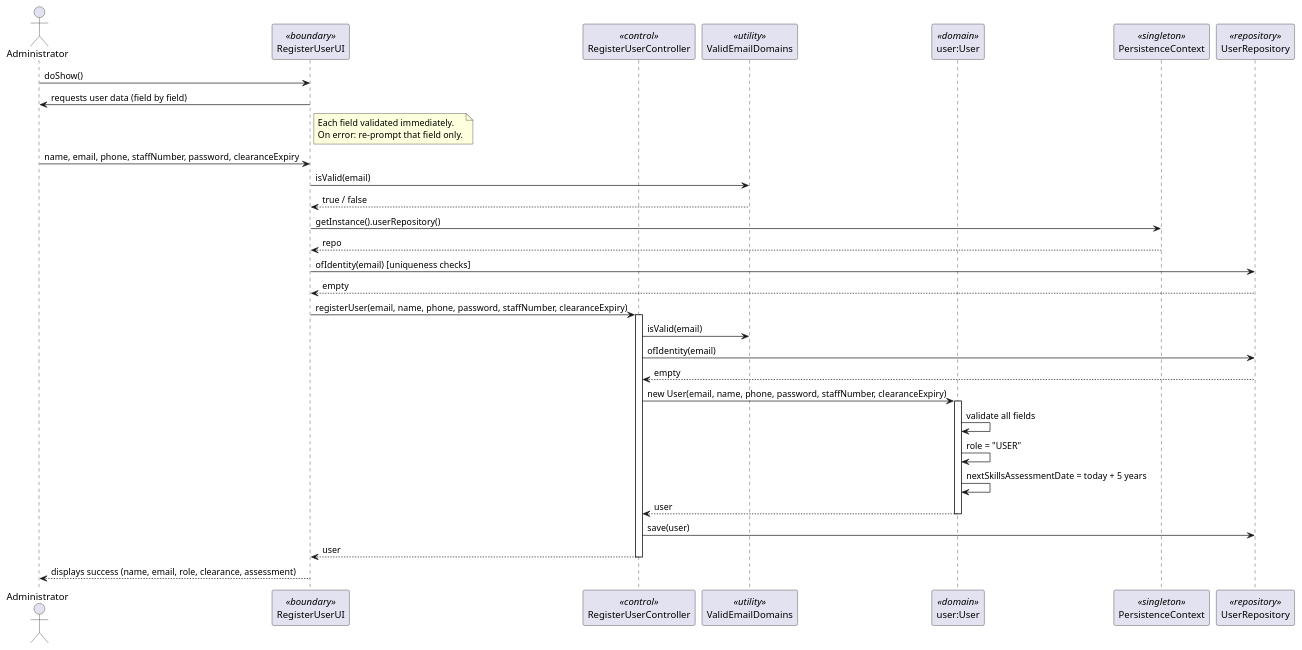
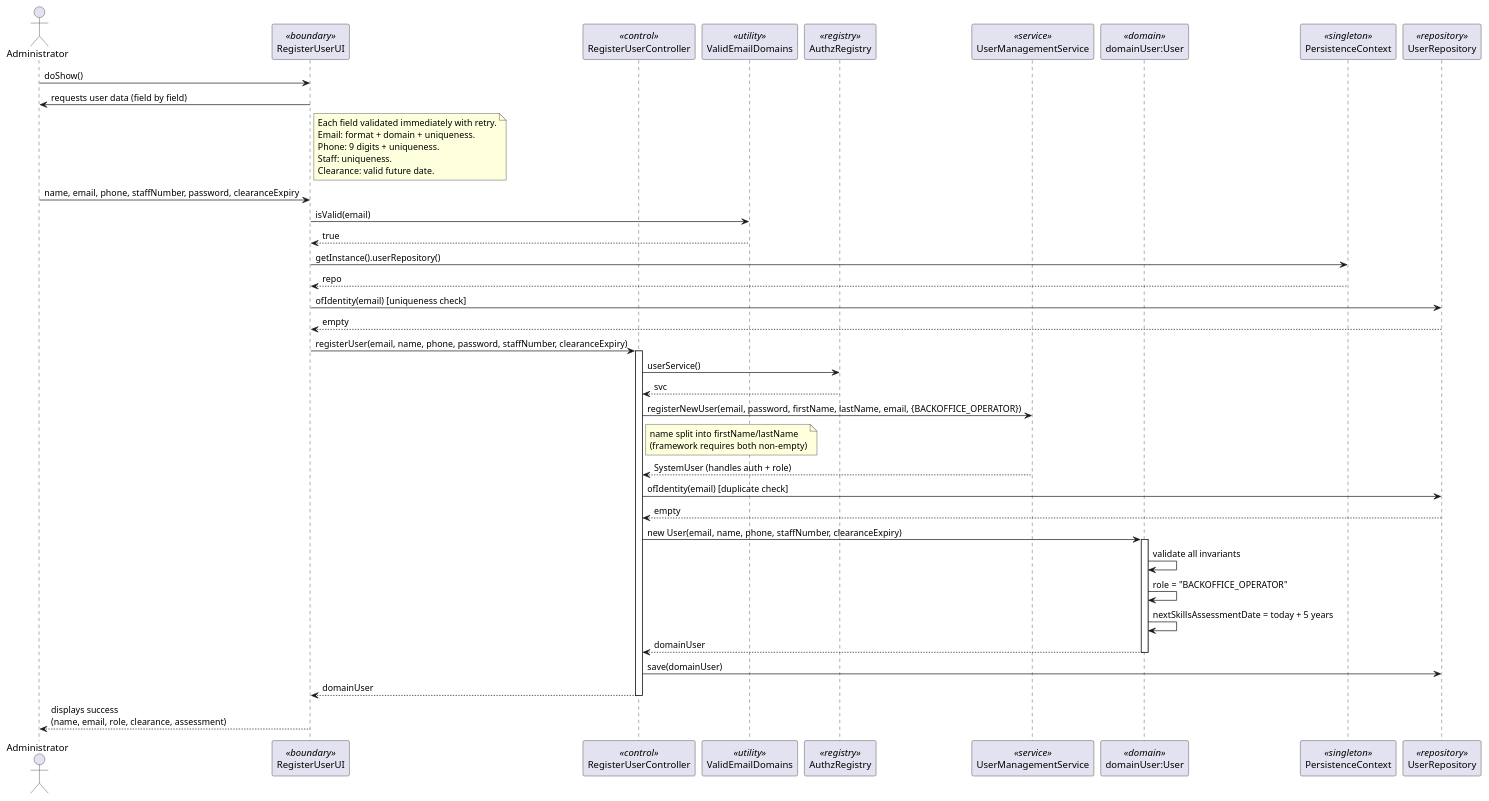
Before and after one commit to DuartePinto1240/sem4pi2526-sem4pi2526_2da2: the diagram in docs/Sprint 2/EAPLI/US031/puml/US031-sequence-diagram.puml, drawn with PlantUML. The commit also changed 16 other files, not shown here.

```diff
--- a/docs/Sprint 2/EAPLI/US031/puml/US031-sequence-diagram.puml
+++ b/docs/Sprint 2/EAPLI/US031/puml/US031-sequence-diagram.puml
@@ -1,43 +1,59 @@
 @startuml
 actor Administrator
 participant RegisterUserUI as UI <<boundary>>
 participant RegisterUserController as CTRL <<control>>
 participant ValidEmailDomains as VED <<utility>>
-participant "user:User" as USER <<domain>>
+participant AuthzRegistry as REG <<registry>>
+participant UserManagementService as SVC <<service>>
+participant "domainUser:User" as USER <<domain>>
 participant PersistenceContext as PCON <<singleton>>
 participant UserRepository as REPO <<repository>>
 
 Administrator -> UI : doShow()
 UI -> Administrator : requests user data (field by field)
 
 note right of UI
-  Each field validated immediately.
-  On error: re-prompt that field only.
+  Each field validated immediately with retry.
+  Email: format + domain + uniqueness.
+  Phone: 9 digits + uniqueness.
+  Staff: uniqueness.
+  Clearance: valid future date.
 end note
 
 Administrator -> UI : name, email, phone, staffNumber, password, clearanceExpiry
 UI -> VED : isValid(email)
-VED --> UI : true / false
+VED --> UI : true
 UI -> PCON : getInstance().userRepository()
 PCON --> UI : repo
-UI -> REPO : ofIdentity(email) [uniqueness checks]
+UI -> REPO : ofIdentity(email) [uniqueness check]
 REPO --> UI : empty
 
 UI -> CTRL : registerUser(email, name, phone, password, staffNumber, clearanceExpiry)
 activate CTRL
-CTRL -> VED : isValid(email)
-CTRL -> REPO : ofIdentity(email)
+
+' Step 1: Create SystemUser via framework
+CTRL -> REG : userService()
+REG --> CTRL : svc
+CTRL -> SVC : registerNewUser(email, password, firstName, lastName, email, {BACKOFFICE_OPERATOR})
+note right of CTRL
+  name split into firstName/lastName
+  (framework requires both non-empty)
+end note
+SVC --> CTRL : SystemUser (handles auth + role)
+
+' Step 2: Create domain User
+CTRL -> REPO : ofIdentity(email) [duplicate check]
 REPO --> CTRL : empty
-CTRL -> USER : new User(email, name, phone, password, staffNumber, clearanceExpiry)
+CTRL -> USER : new User(email, name, phone, staffNumber, clearanceExpiry)
 activate USER
-USER -> USER : validate all fields
-USER -> USER : role = "USER"
+USER -> USER : validate all invariants
+USER -> USER : role = "BACKOFFICE_OPERATOR"
 USER -> USER : nextSkillsAssessmentDate = today + 5 years
-USER --> CTRL : user
+USER --> CTRL : domainUser
 deactivate USER
-CTRL -> REPO : save(user)
-CTRL --> UI : user
+CTRL -> REPO : save(domainUser)
+CTRL --> UI : domainUser
 deactivate CTRL
 
-UI --> Administrator : displays success (name, email, role, clearance, assessment)
+UI --> Administrator : displays success\n(name, email, role, clearance, assessment)
 @enduml
```
